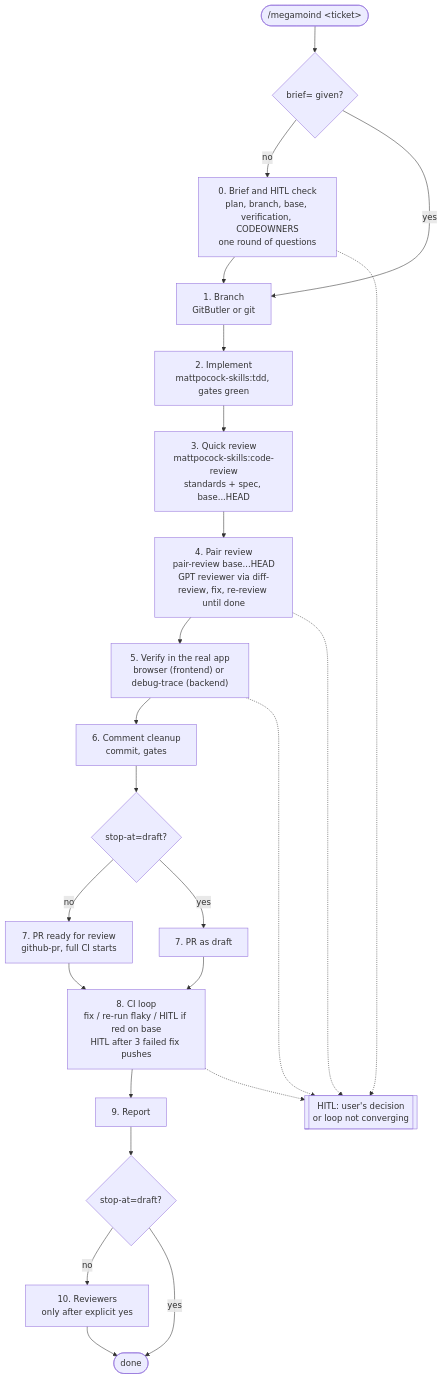
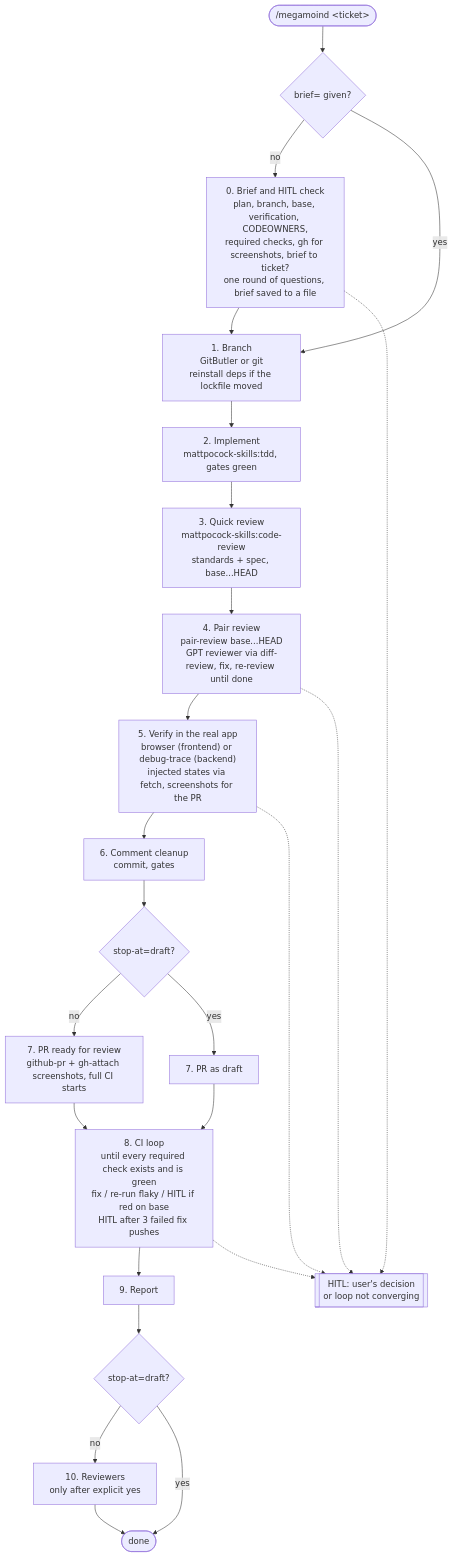
One commit to moisesrj97/skills changed the first of 2 diagrams in docs/megamoind.md. Above: the diagram before and after it, drawn with Mermaid. The commit also changed other lines of this file and 5 other files, not shown here.

Commit message:
feat(megamoind): attach screenshots to frontend PRs and harden gates, CI wait and base updates

````diff
--- a/docs/megamoind.md
+++ b/docs/megamoind.md
@@ -7,28 +7,28 @@
 ```mermaid
 flowchart TD
     start(["/megamoind &lt;ticket&gt;"]) --> brief{"brief= given?"}
-    brief -- no --> s0["0. Brief and HITL check<br/>plan, branch, base, verification, CODEOWNERS<br/>one round of questions"]
+    brief -- no --> s0["0. Brief and HITL check<br/>plan, branch, base, verification, CODEOWNERS,<br/>required checks, gh for screenshots, brief to ticket?<br/>one round of questions, brief saved to a file"]
     brief -- yes --> s1
-    s0 --> s1["1. Branch<br/>GitButler or git"]
+    s0 --> s1["1. Branch<br/>GitButler or git<br/>reinstall deps if the lockfile moved"]
     s1 --> s2["2. Implement<br/>mattpocock-skills:tdd, gates green"]
     s2 --> s3["3. Quick review<br/>mattpocock-skills:code-review<br/>standards + spec, base...HEAD"]
     s3 --> s4["4. Pair review<br/>pair-review base...HEAD<br/>GPT reviewer via diff-review, fix, re-review until done"]
-    s4 --> s5["5. Verify in the real app<br/>browser (frontend) or debug-trace (backend)"]
+    s4 --> s5["5. Verify in the real app<br/>browser (frontend) or debug-trace (backend)<br/>injected states via fetch, screenshots for the PR"]
     s5 --> s6["6. Comment cleanup<br/>commit, gates"]
     s6 --> draft{"stop-at=draft?"}
-    draft -- no --> s7r["7. PR ready for review<br/>github-pr, full CI starts"]
+    draft -- no --> s7r["7. PR ready for review<br/>github-pr + gh-attach screenshots, full CI starts"]
     draft -- yes --> s7d["7. PR as draft"]
-    s7r --> s8["8. CI loop<br/>fix / re-run flaky / HITL if red on base<br/>HITL after 3 failed fix pushes"]
+    s7r --> s8["8. CI loop<br/>until every required check exists and is green<br/>fix / re-run flaky / HITL if red on base<br/>HITL after 3 failed fix pushes"]
     s7d --> s8
     s8 --> s9["9. Report"]
     s9 --> stopdraft{"stop-at=draft?"}
     stopdraft -- no --> s10["10. Reviewers<br/>only after explicit yes"]
     stopdraft -- yes --> done([done])
     s10 --> done
 
     hitl[["HITL: user's decision<br/>or loop not converging"]]
     s0 -.-> hitl
     s4 -.-> hitl
     s5 -.-> hitl
     s8 -.-> hitl
 ```
````
